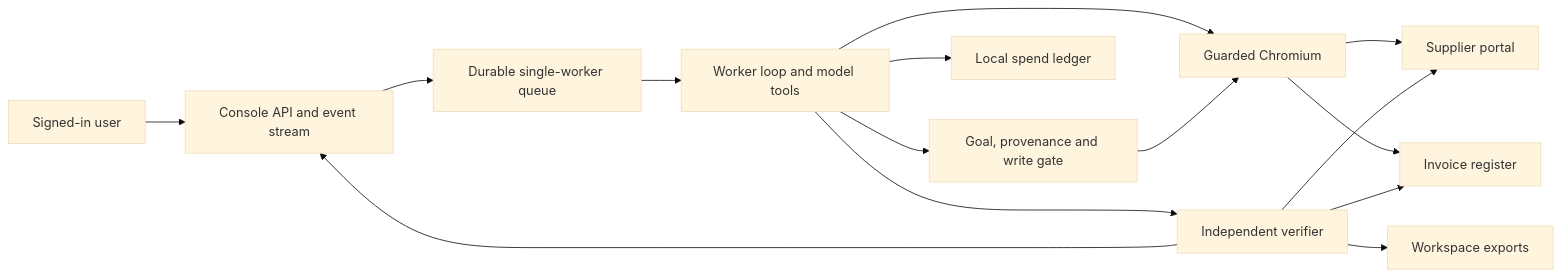
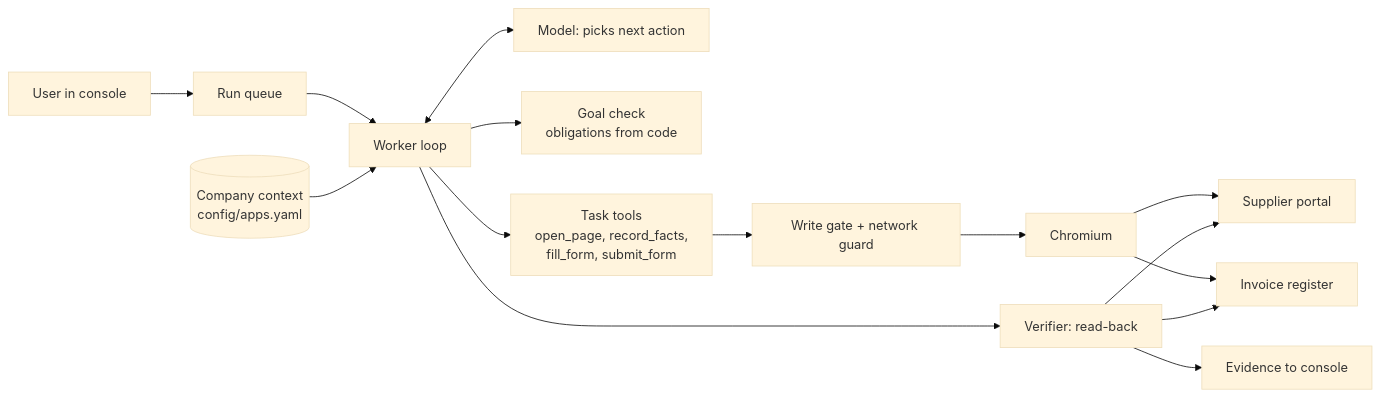
One commit to Cyril-36/autonomous-ai-task-worker changed the diagram in README.md. Above: the diagram before and after it, drawn with Mermaid (base theme). The commit also changed other lines of this file and 4 other files, not shown here.

````diff
--- a/README.md
+++ b/README.md
@@ -36,17 +131,17 @@
 ```mermaid
 flowchart LR
-  U[Signed-in user] --> C[Console API and event stream]
-  C --> Q[Durable single-worker queue]
-  Q --> W[Worker loop and model tools]
-  W --> B[Guarded Chromium]
+  U[User in console] --> Q[Run queue]
+  Q --> L[Worker loop]
+  M[(Company context<br/>config/apps.yaml)] --> L
+  L <--> LLM[Model: picks next action]
+  L --> G[Goal check<br/>obligations from code]
+  L --> T[Task tools<br/>open_page, record_facts,<br/>fill_form, submit_form]
+  T --> GW[Write gate + network guard]
+  GW --> B[Chromium]
   B --> P[Supplier portal]
   B --> R[Invoice register]
-  W --> G[Goal, provenance and write gate]
-  G --> B
-  W --> V[Independent verifier]
+  L --> V[Verifier: read-back]
   V --> P
   V --> R
-  V --> F[Workspace exports]
-  W --> L[Local spend ledger]
-  V --> C
+  V --> C[Evidence to console]
 ```
````
